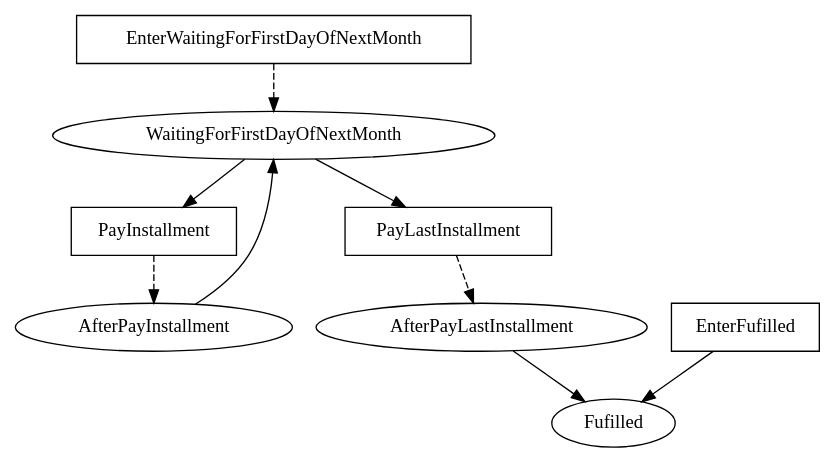
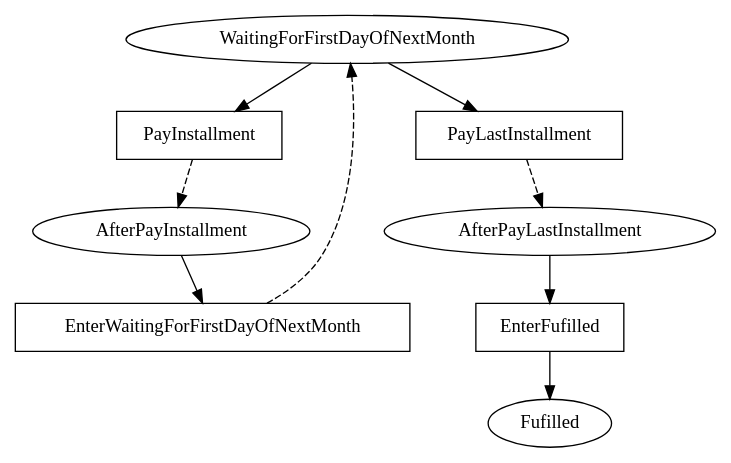
The diagram in linear_state_machine_language/pyL4/examples_graphviz_gen/hvitved_instalment_sale.dot (Marcao02/complaw-deeptech), drawn with Graphviz before and after one commit. The commit also changed 11 other files, not shown here.

```diff
--- a/linear_state_machine_language/pyL4/examples_graphviz_gen/hvitved_instalment_sale.dot
+++ b/linear_state_machine_language/pyL4/examples_graphviz_gen/hvitved_instalment_sale.dot
@@ -1,25 +1,25 @@
 // THIS IS A GENERATED FILE. DO NOT EDIT.
 
 digraph Instalment_Sale_Hvitved {    
     Fulfilled[label=Fufilled];
     WaitingForFirstDayOfNextMonth[label=WaitingForFirstDayOfNextMonth];
 	AfterPayInstallment[label=AfterPayInstallment];
 	AfterPayLastInstallment[label=AfterPayLastInstallment]
     
     EnterFulfilled[label=EnterFufilled,shape=box];
     EnterWaitingForFirstDayOfNextMonth[label=EnterWaitingForFirstDayOfNextMonth,shape=box];
 	PayInstallment[label=PayInstallment,shape=box];
 	PayLastInstallment[label=PayLastInstallment,shape=box]    
     
     EnterFulfilled -> Fulfilled;
     
     WaitingForFirstDayOfNextMonth -> PayInstallment;
 	WaitingForFirstDayOfNextMonth -> PayLastInstallment;
-	AfterPayInstallment -> WaitingForFirstDayOfNextMonth;
-	AfterPayLastInstallment -> Fulfilled
+	AfterPayInstallment -> EnterWaitingForFirstDayOfNextMonth;
+	AfterPayLastInstallment -> EnterFulfilled
     
     EnterWaitingForFirstDayOfNextMonth -> WaitingForFirstDayOfNextMonth [style=dashed];
 	PayInstallment -> AfterPayInstallment [style=dashed];
 	PayLastInstallment -> AfterPayLastInstallment [style=dashed];
 	        
 }
```
